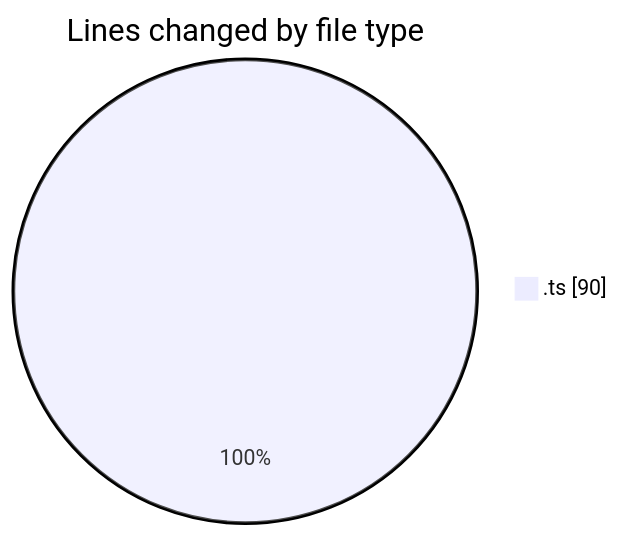
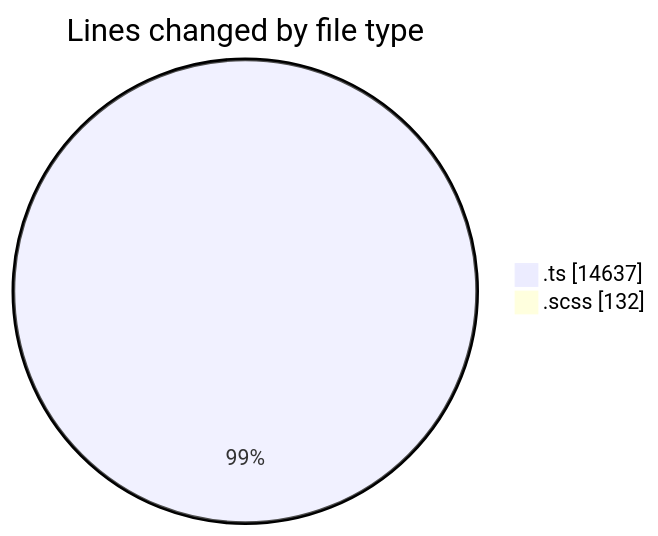
One commit to momahboobian/code-tracking changed the first of 2 diagrams in 2025-08-27/cda/README.md. Above: the diagram before and after it, drawn with Mermaid. The commit also changed other lines of this file and 1 other file, not shown here.

````diff
--- a/2025-08-27/cda/README.md
+++ b/2025-08-27/cda/README.md
@@ -20,5 +24,6 @@
 ```mermaid
 pie showData
 title Lines changed by file type
-".ts" : 90
+".ts" : 14637
+".scss" : 132
 ```
````
